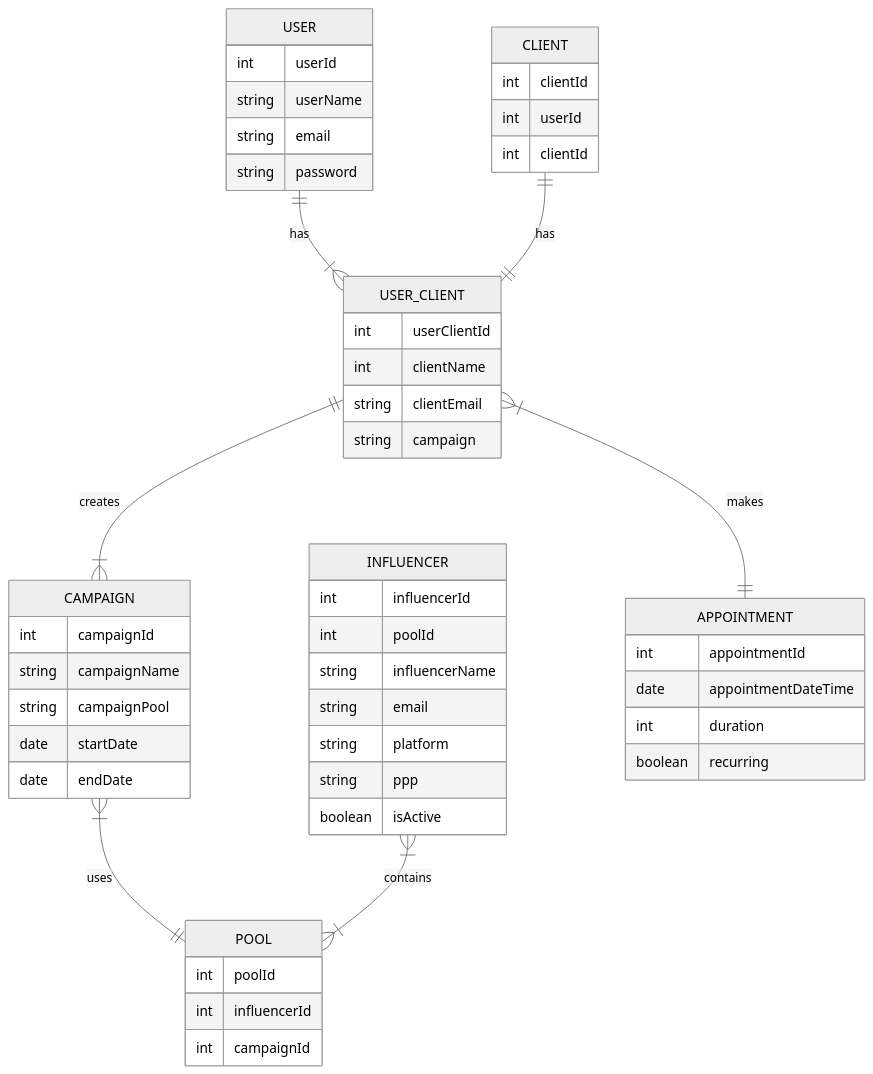
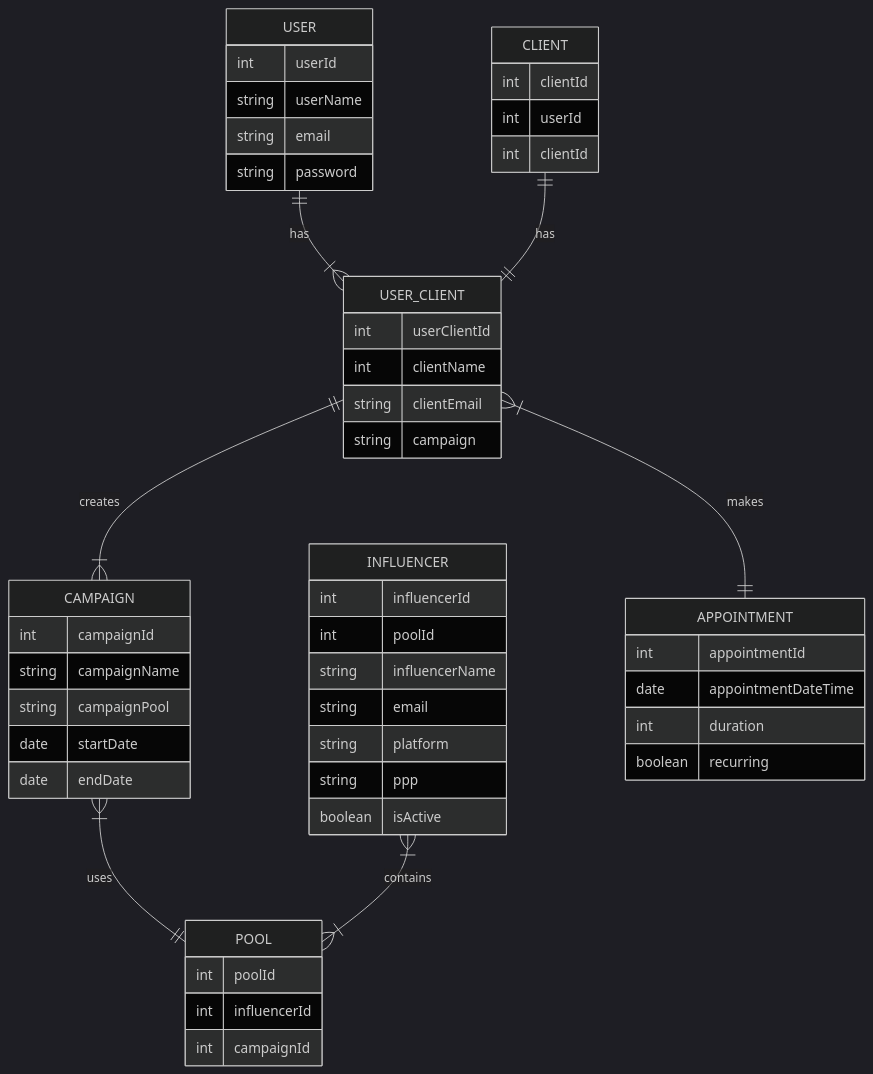
The second of 2 diagrams in README.md (ConorPMullan/swim-marketing), drawn with Mermaid before and after one commit.

````diff
--- a/README.md
+++ b/README.md
@@ -53,56 +53,56 @@
 ``` mermaid
-%%{init: {'theme': 'neutral' } }%%
+%%{init: {'theme': 'dark' } }%%
 
 erDiagram
     USER {
         int userId
         string userName
         string email
         string password
     }
     CLIENT {
         int clientId
         int userId
         int clientId
     }
     USER_CLIENT {
         int userClientId
         int clientName
         string clientEmail
         string campaign
     }
     CAMPAIGN {
         int campaignId
         string campaignName
         string campaignPool
         date startDate
         date endDate
     }
     POOL {
         int poolId
         int influencerId
         int campaignId
     }
     INFLUENCER {
         int influencerId
         int poolId
         string influencerName
         string email
         string platform
         string ppp
         boolean isActive
     }
     APPOINTMENT {
         int appointmentId
         date appointmentDateTime
         int duration
         boolean recurring
     }
     USER ||--|{ USER_CLIENT: "has"
     CLIENT ||--|| USER_CLIENT: "has"
     USER_CLIENT ||--|{ CAMPAIGN : "creates"
     USER_CLIENT }|--|| APPOINTMENT : "makes"
     CAMPAIGN }|--|| POOL : "uses"
     INFLUENCER }|--|{ POOL : "contains"
 
 ```
````
